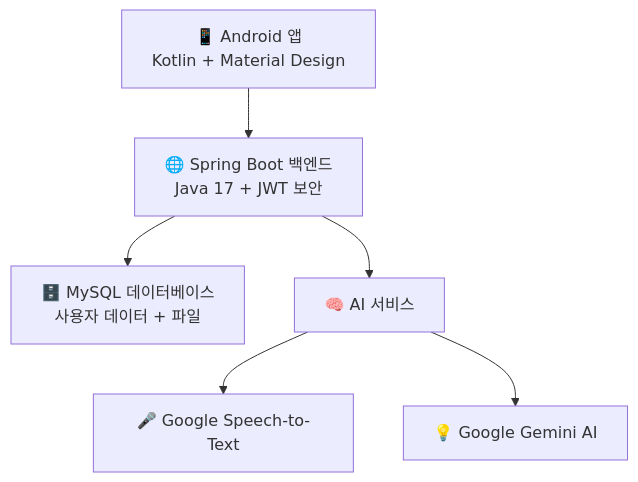
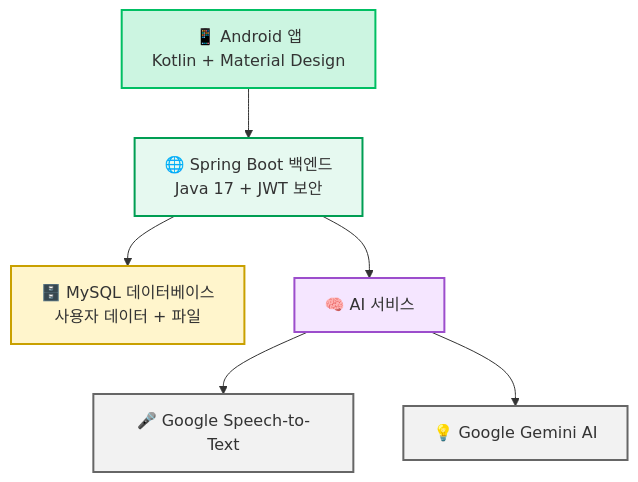
One commit to taejinchoi-cbnu/NoTI changed the first of 3 diagrams in README.md. Above: the diagram before and after it, drawn with Mermaid. The commit also changed other lines of this file, not shown here.

````diff
--- a/README.md
+++ b/README.md
@@ -108,9 +108,23 @@
 ```mermaid
 graph TB
     A[📱 Android 앱<br/>Kotlin + Material Design] 
     A --> B[🌐 Spring Boot 백엔드<br/>Java 17 + JWT 보안]
     B --> C[🗄️ MySQL 데이터베이스<br/>사용자 데이터 + 파일]
     B --> D[🧠 AI 서비스]
     D --> E[🎤 Google Speech-to-Text]
     D --> F[💡 Google Gemini AI]
+
+    %% 클래스 정의
+    classDef client fill:#ccf5e1,stroke:#00bf63,stroke-width:2px;
+    classDef backend fill:#e6f9f0,stroke:#009e53,stroke-width:2px;
+    classDef database fill:#fff5cc,stroke:#c9a000,stroke-width:2px;
+    classDef ai fill:#f5e6ff,stroke:#9c4dcc,stroke-width:2px;
+    classDef external fill:#f2f2f2,stroke:#666666,stroke-width:2px;
+
+    %% 클래스 적용
+    class A client;
+    class B backend;
+    class C database;
+    class D ai;
+    class E,F external;
 ```
````
